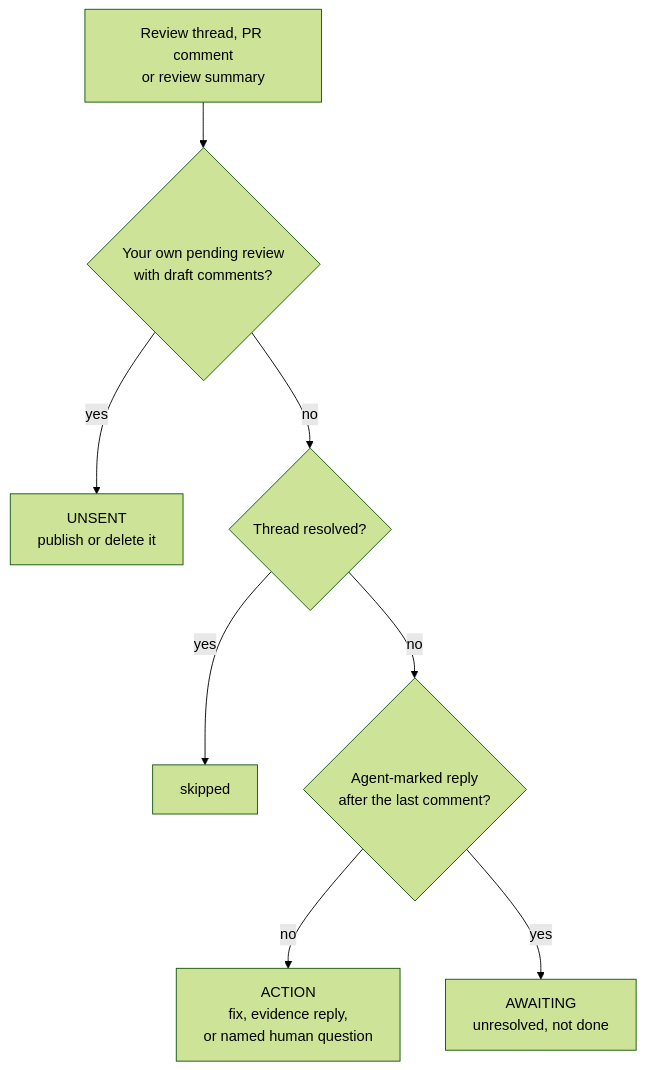
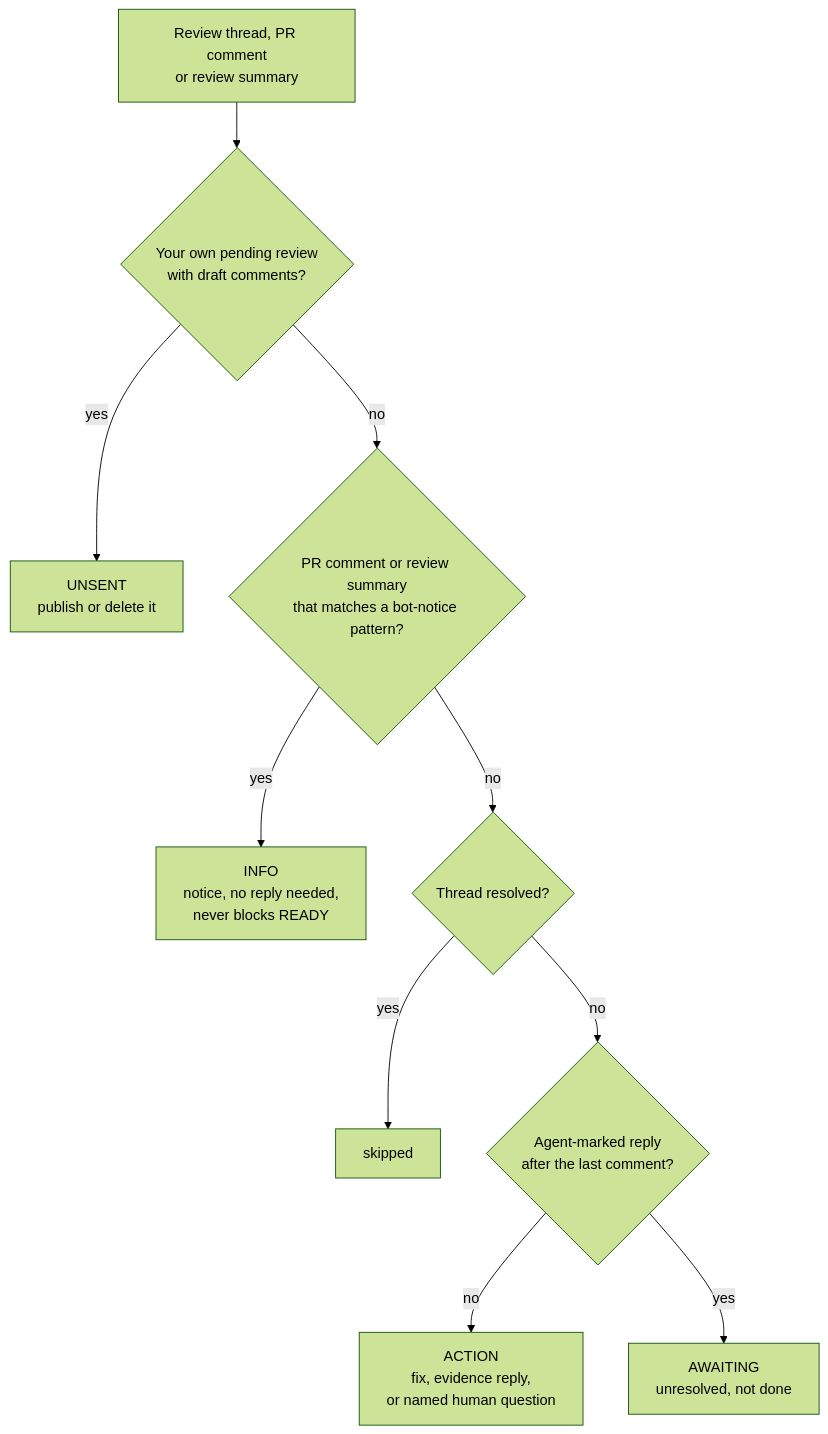
The tenth of 12 diagrams in docs/OVERVIEW.md (mejasonmejason/execution-coordinator), drawn with Mermaid (forest theme) before and after one commit. The commit also changed other lines of this file and 4 other files, not shown here.

````diff
--- a/docs/OVERVIEW.md
+++ b/docs/OVERVIEW.md
@@ -229,10 +229,12 @@
 ```mermaid
 flowchart TD
   I["Review thread, PR comment<br/>or review summary"] --> U{"Your own pending review<br/>with draft comments?"}
   U -- "yes" --> UN["UNSENT<br/>publish or delete it"]
-  U -- "no" --> RS{"Thread resolved?"}
+  U -- "no" --> N{"PR comment or review summary<br/>that matches a bot-notice pattern?"}
+  N -- "yes" --> IN["INFO<br/>notice, no reply needed,<br/>never blocks READY"]
+  N -- "no" --> RS{"Thread resolved?"}
   RS -- "yes" --> SK["skipped"]
   RS -- "no" --> AR{"Agent-marked reply<br/>after the last comment?"}
   AR -- "no" --> AC["ACTION<br/>fix, evidence reply,<br/>or named human question"]
   AR -- "yes" --> AW["AWAITING<br/>unresolved, not done"]
 ```
````
